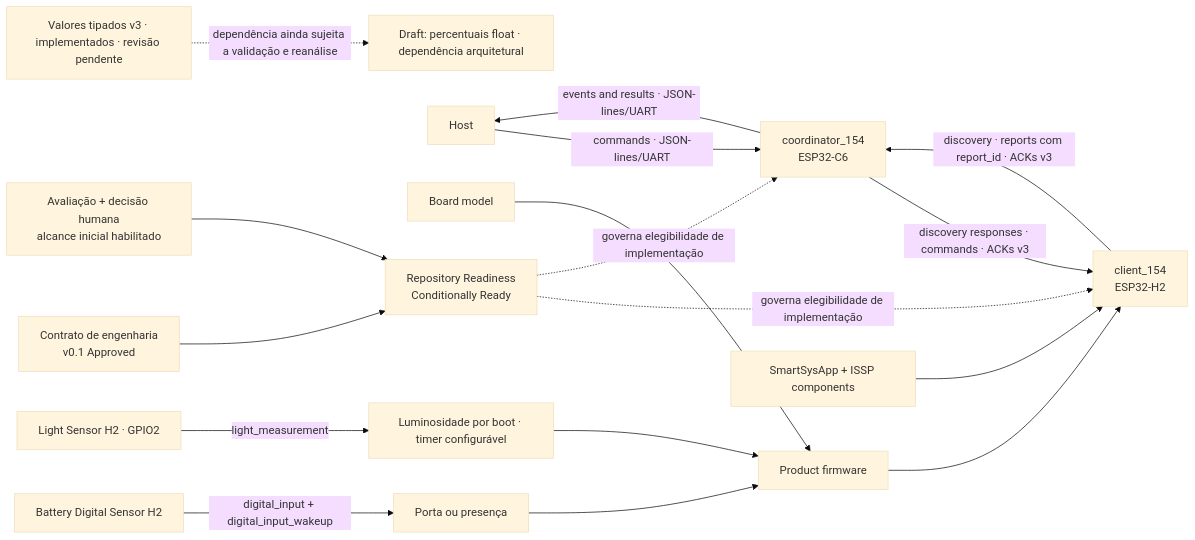
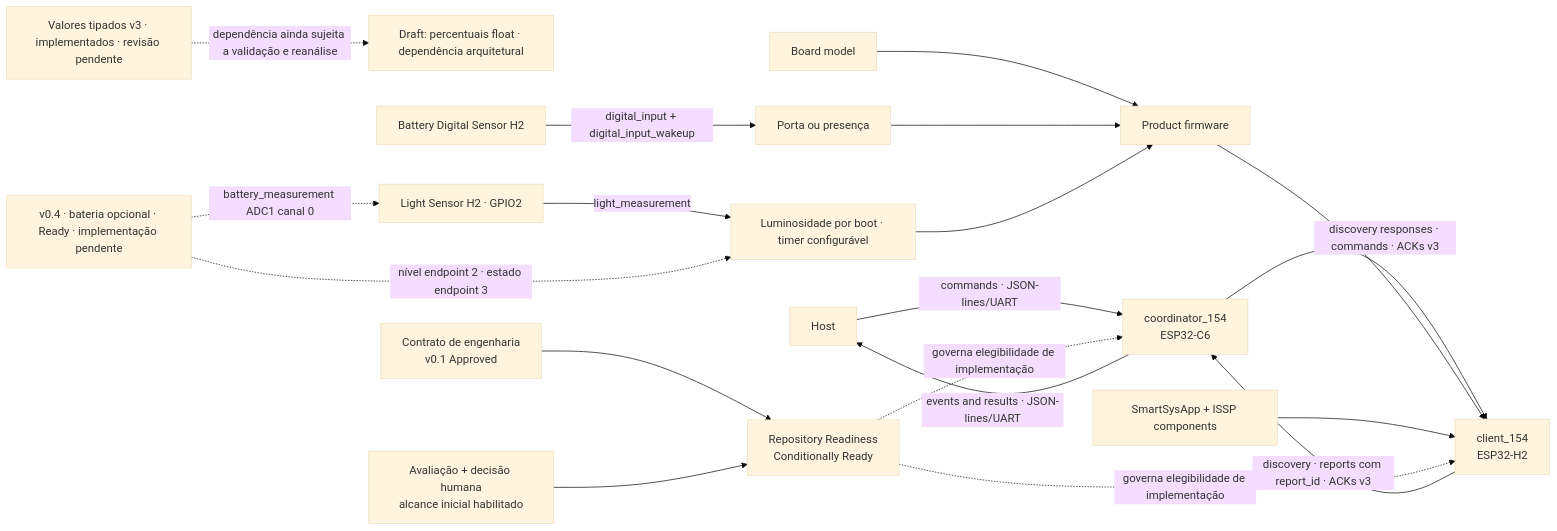
One commit to iotsmartsys/IoTSmartLink15.4 changed the diagram in docs/rfc/KNOWLEDGE-MAP.md. Above: the diagram before and after it, drawn with Mermaid (base theme). The commit also changed other lines of this file and 3 other files, not shown here.

Commit message:
docs: specify battery resource for light sensor v0.4

````diff
--- a/docs/rfc/KNOWLEDGE-MAP.md
+++ b/docs/rfc/KNOWLEDGE-MAP.md
@@ -112,19 +112,21 @@
 ```mermaid
 flowchart LR
     TypedDraft["Valores tipados v3 · implementados · revisão pendente"] -.->|"dependência ainda sujeita a validação e reanálise"| FractionDraft["Draft: percentuais float · dependência arquitetural"]
     Host["Host"] -->|"commands · JSON-lines/UART"| Coordinator["coordinator_154<br/>ESP32-C6"]
     Coordinator -->|"events and results · JSON-lines/UART"| Host
     Coordinator -->|"discovery responses · commands · ACKs v3"| Client["client_154<br/>ESP32-H2"]
     Client -->|"discovery · reports com report_id · ACKs v3"| Coordinator
     Product["Product firmware"] --> Client
     Board["Board model"] --> Product
     DigitalBoard["Battery Digital Sensor H2"] -->|"digital_input + digital_input_wakeup"| BatteryProducts["Porta ou presença"]
     BatteryProducts --> Product
     LightBoard["Light Sensor H2 · GPIO2"] -->|"light_measurement"| LightProduct["Luminosidade por boot · timer configurável"]
+    LightBatterySpec["v0.4 · bateria opcional · Ready · implementação pendente"] -.->|"battery_measurement ADC1 canal 0"| LightBoard
+    LightBatterySpec -.->|"nível endpoint 2 · estado endpoint 3"| LightProduct
     LightProduct --> Product
     Shared["SmartSysApp + ISSP components"] --> Client
     Contract["Contrato de engenharia<br/>v0.1 Approved"] --> Qualification["Repository Readiness<br/>Conditionally Ready"]
     Assessment["Avaliação + decisão humana<br/>alcance inicial habilitado"] --> Qualification
     Qualification -.->|"governa elegibilidade de implementação"| Client
     Qualification -.->|"governa elegibilidade de implementação"| Coordinator
 ```
````
